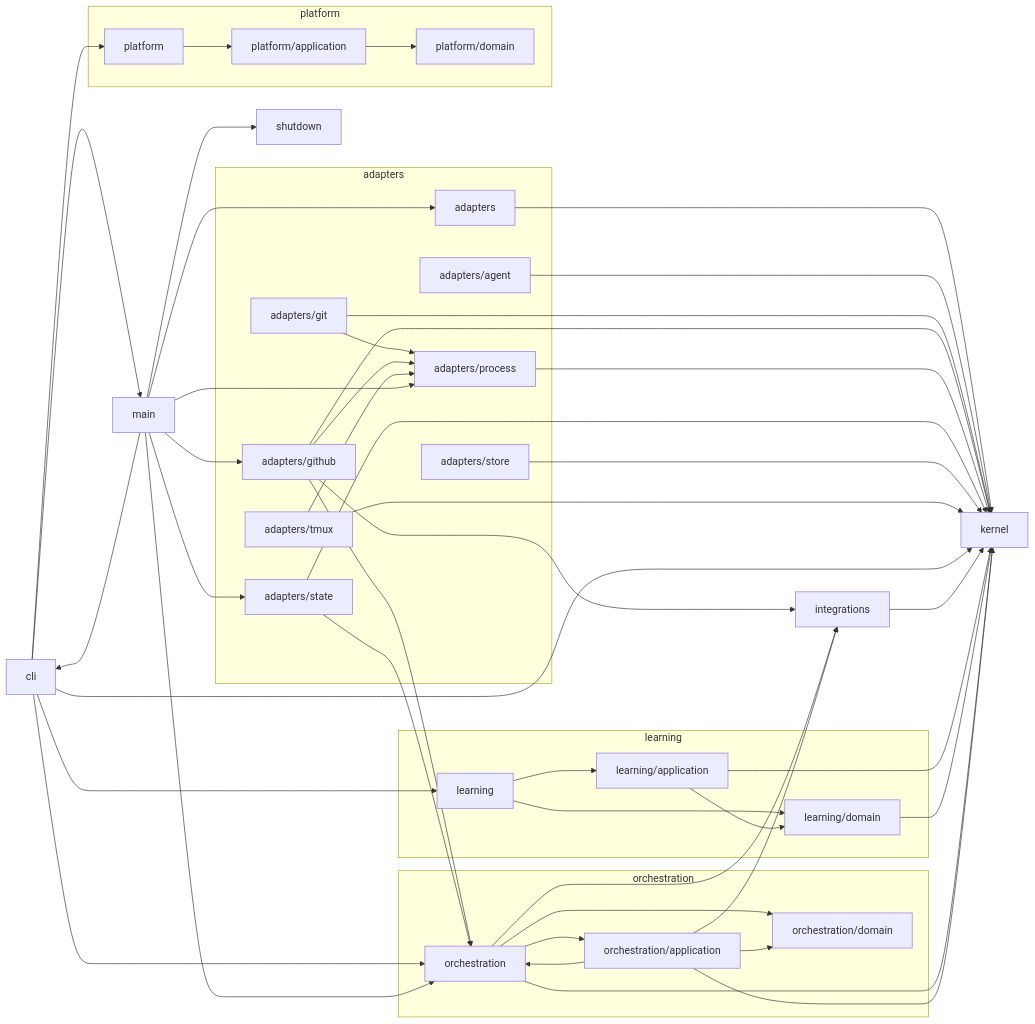
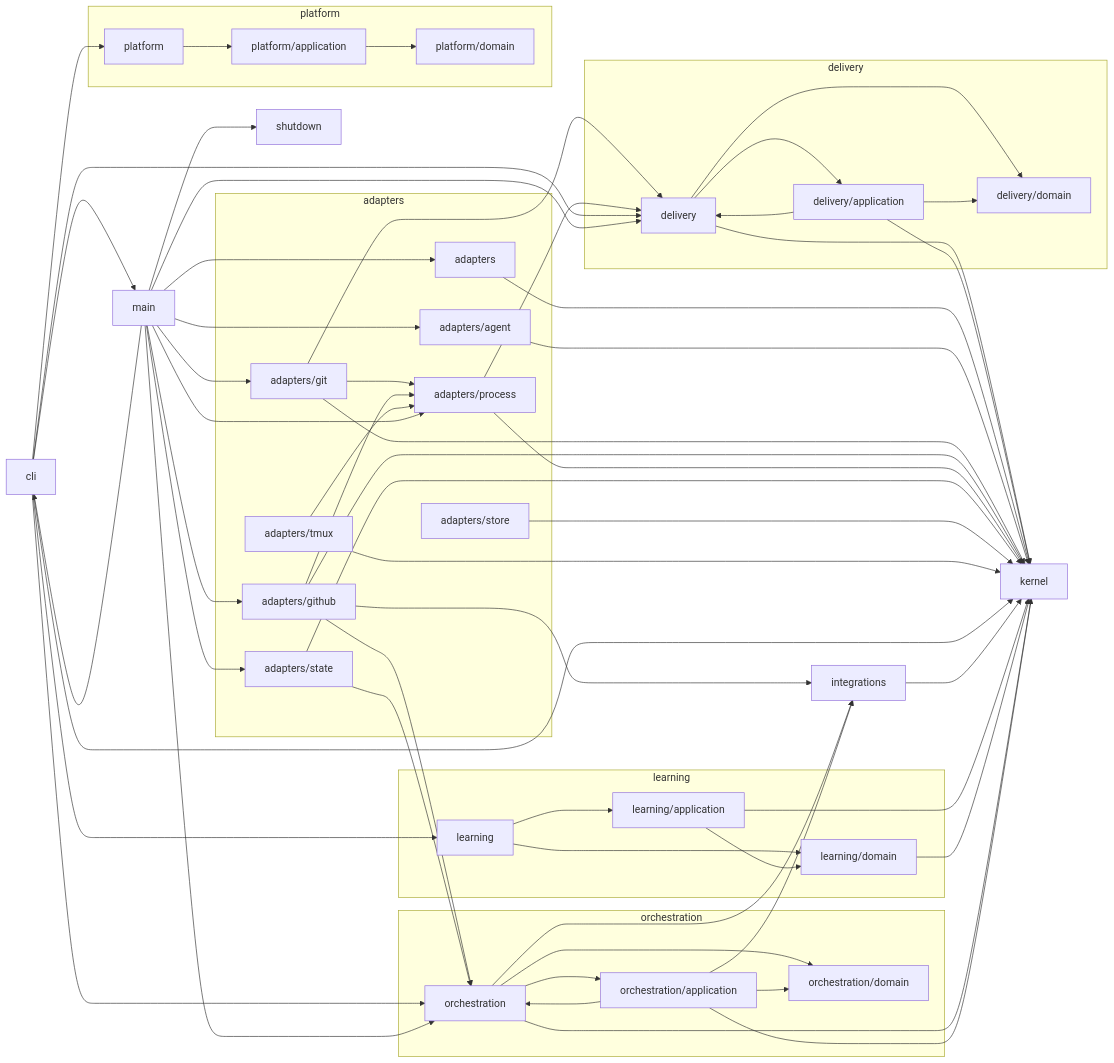
One commit to sethdford/shipwright changed the diagram in docs/reference/dependency-graph.md. Above: the diagram before and after it, drawn with Mermaid. The commit also changed 35 other files, not shown here.

```diff
--- a/docs/reference/dependency-graph.md
+++ b/docs/reference/dependency-graph.md
@@ -16,6 +16,11 @@
     adapters_state["adapters/state"]
     adapters_store["adapters/store"]
     adapters_tmux["adapters/tmux"]
+  end
+  subgraph ctx_delivery["delivery"]
+    delivery["delivery"]
+    delivery_application["delivery/application"]
+    delivery_domain["delivery/domain"]
   end
   subgraph ctx_learning["learning"]
     learning["learning"]
@@ -40,22 +45,31 @@
   adapters --> kernel
   adapters_agent --> kernel
   adapters_git --> adapters_process
+  adapters_git --> delivery
   adapters_git --> kernel
   adapters_github --> adapters_process
   adapters_github --> integrations
   adapters_github --> kernel
   adapters_github --> orchestration
+  adapters_process --> delivery
   adapters_process --> kernel
   adapters_state --> kernel
   adapters_state --> orchestration
   adapters_store --> kernel
   adapters_tmux --> adapters_process
   adapters_tmux --> kernel
+  cli --> delivery
   cli --> kernel
   cli --> learning
   cli --> main
   cli --> orchestration
   cli --> platform
+  delivery --> delivery_application
+  delivery --> delivery_domain
+  delivery --> kernel
+  delivery_application --> delivery
+  delivery_application --> delivery_domain
+  delivery_application --> kernel
   integrations --> kernel
   learning --> learning_application
   learning --> learning_domain
@@ -63,10 +77,13 @@
   learning_application --> learning_domain
   learning_domain --> kernel
   main --> adapters
+  main --> adapters_agent
+  main --> adapters_git
   main --> adapters_github
   main --> adapters_process
   main --> adapters_state
   main --> cli
+  main --> delivery
   main --> orchestration
   main --> shutdown
   orchestration --> integrations
```
